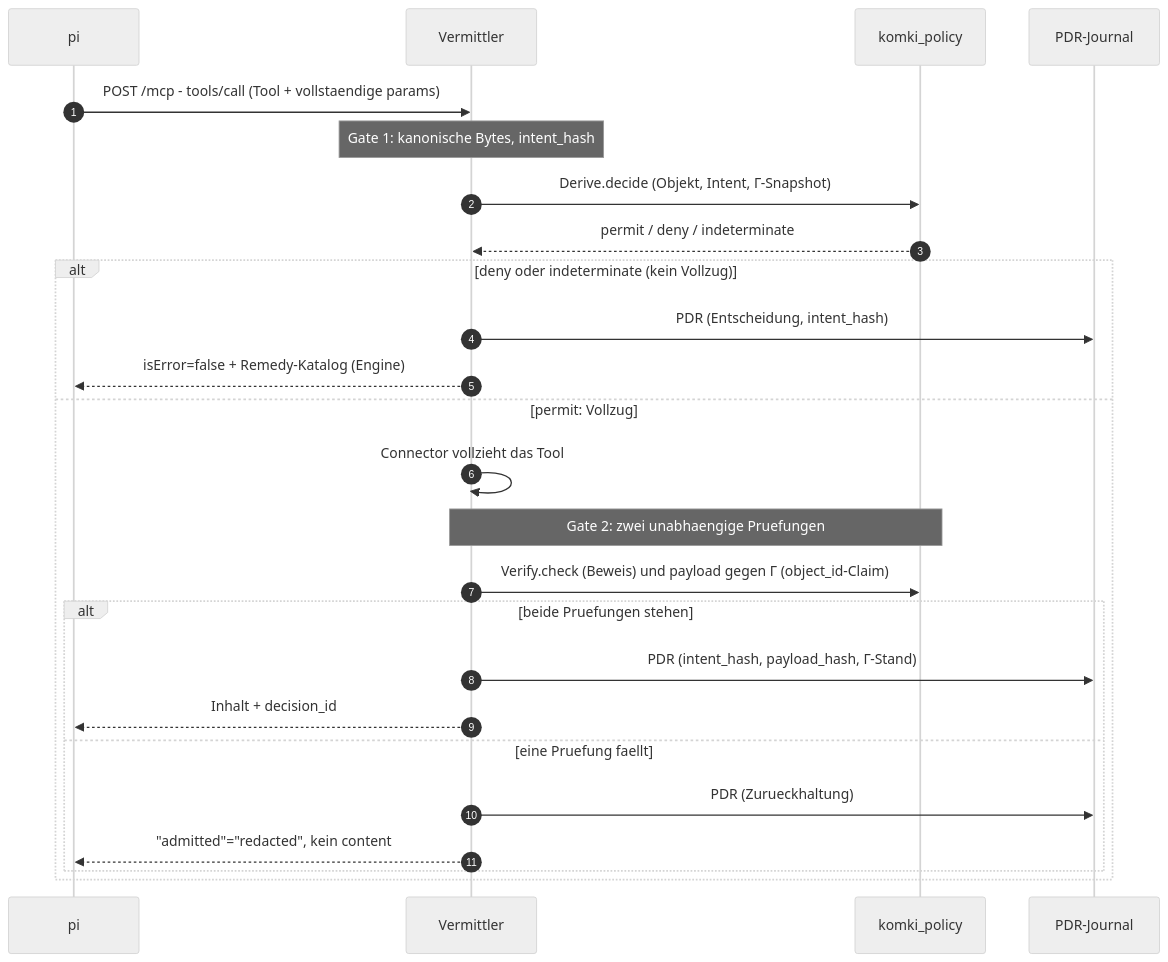
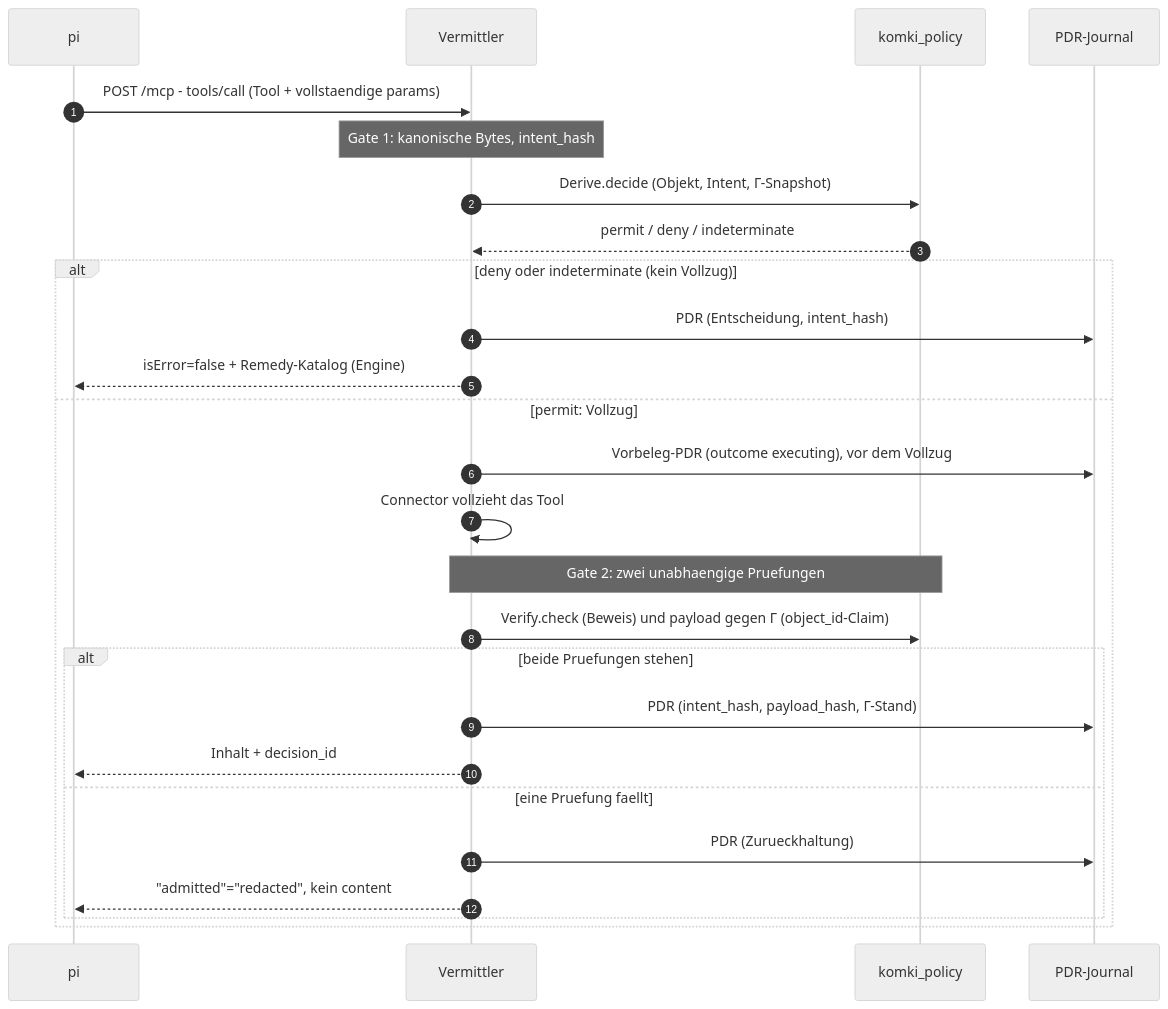
One commit to croesnick/kommunalpolitik_ki changed the second of 3 diagrams in apps/komki_mediator/README.md. Above: the diagram before and after it, drawn with Mermaid (neutral theme). The commit also changed other lines of this file and 50 other files, not shown here.

````diff
--- a/apps/komki_mediator/README.md
+++ b/apps/komki_mediator/README.md
@@ -110,29 +111,30 @@
 ```mermaid
 sequenceDiagram
     autonumber
     participant P as pi
     participant M as Vermittler
     participant K as komki_policy
     participant J as PDR-Journal
 
     P->>M: POST /mcp - tools/call (Tool + vollstaendige params)
     Note over M: Gate 1: kanonische Bytes, intent_hash
     M->>K: Derive.decide (Objekt, Intent, Γ-Snapshot)
     K-->>M: permit / deny / indeterminate
 
     alt deny oder indeterminate (kein Vollzug)
         M->>J: PDR (Entscheidung, intent_hash)
         M-->>P: isError=false + Remedy-Katalog (Engine)
     else permit: Vollzug
+        M->>J: Vorbeleg-PDR (outcome executing), vor dem Vollzug
         M->>M: Connector vollzieht das Tool
         Note over M,K: Gate 2: zwei unabhaengige Pruefungen
         M->>K: Verify.check (Beweis) und payload gegen Γ (object_id-Claim)
         alt beide Pruefungen stehen
             M->>J: PDR (intent_hash, payload_hash, Γ-Stand)
             M-->>P: Inhalt + decision_id
         else eine Pruefung faellt
             M->>J: PDR (Zurueckhaltung)
             M-->>P: "admitted"="redacted", kein content
         end
     end
 ```
````
